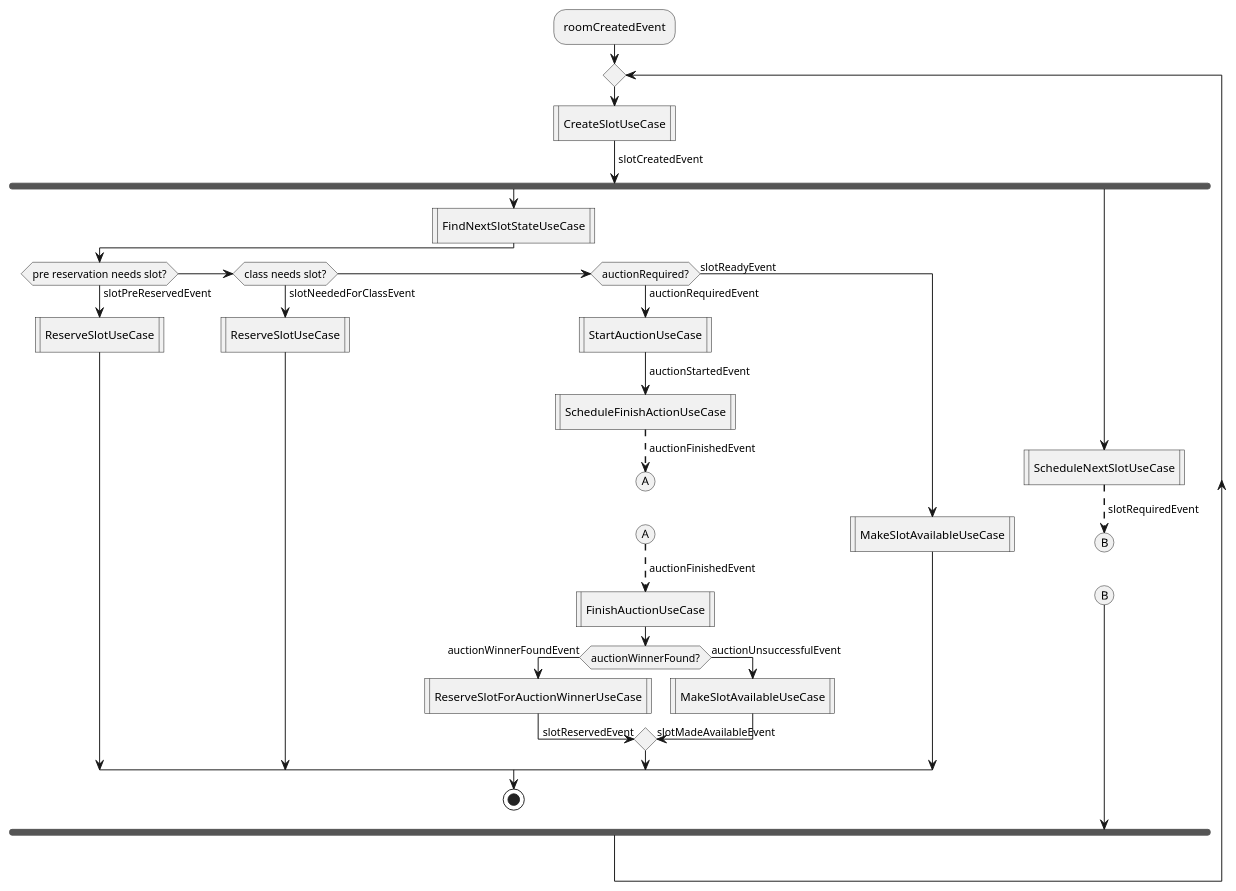
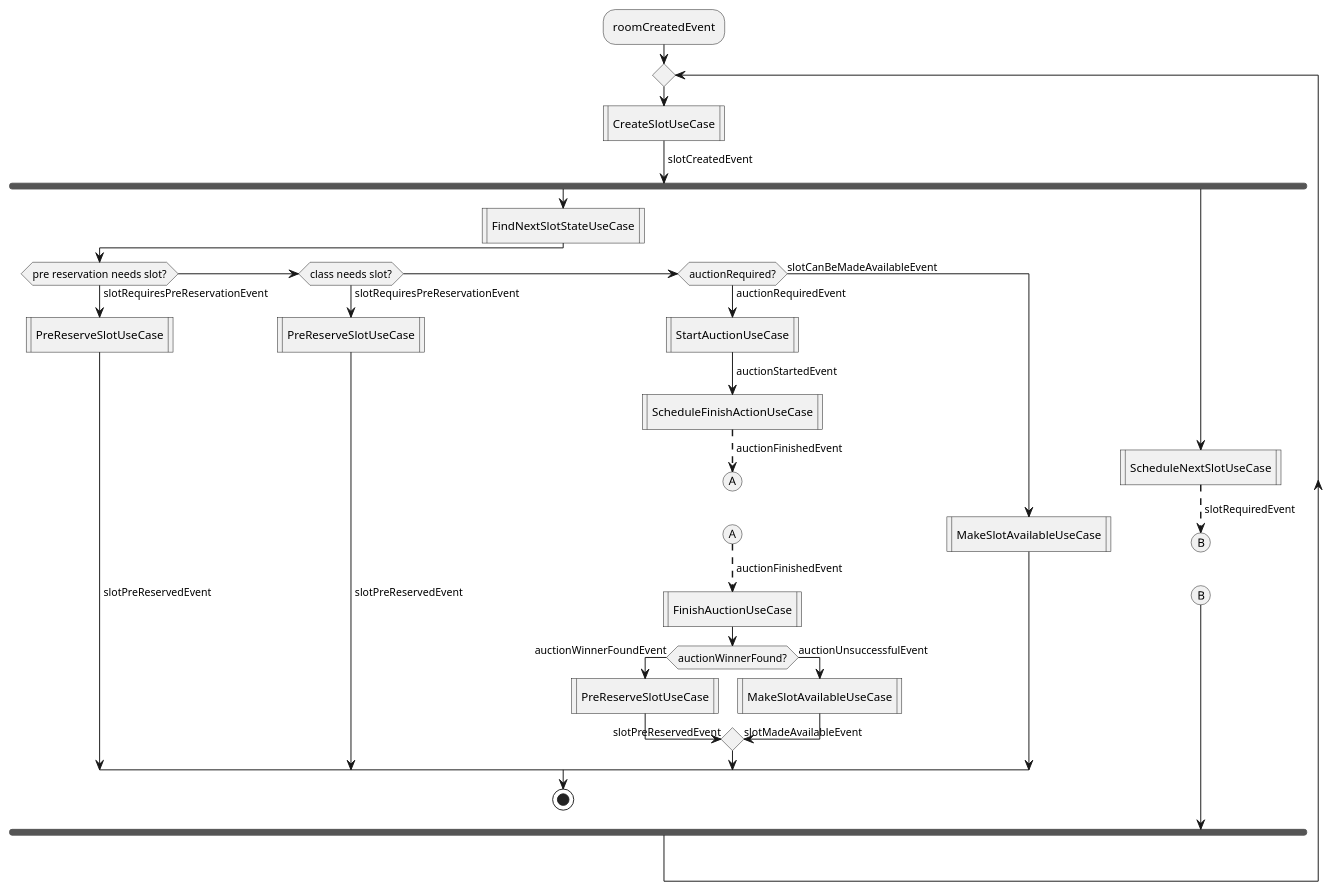
Before and after one commit to juanma-cvega/booking-engine: the diagram in docs/slot_creation_event_flow.puml, drawn with PlantUML. The commit also changed 72 other files, not shown here.

```diff
--- a/docs/slot_creation_event_flow.puml
+++ b/docs/slot_creation_event_flow.puml
@@ -1,45 +1,47 @@
 @startuml
 :roomCreatedEvent;
 repeat
 :CreateSlotUseCase|
 ->slotCreatedEvent;
 fork
   :FindNextSlotStateUseCase|
   if (pre reservation needs slot?) then (yes)
+    ->slotRequiresPreReservationEvent;
+    :PreReserveSlotUseCase|
     ->slotPreReservedEvent;
-    :ReserveSlotUseCase|
   elseif (class needs slot?) then (yes)
-    ->slotNeededForClassEvent;
-    :ReserveSlotUseCase|
+    ->slotRequiresPreReservationEvent;
+    :PreReserveSlotUseCase|
+    ->slotPreReservedEvent;
   elseif (auctionRequired?) then (yes)
     ->auctionRequiredEvent;
     :StartAuctionUseCase|
     ->auctionStartedEvent;
     :ScheduleFinishActionUseCase|
     -[dashed]->auctionFinishedEvent;
     (A)
     detach
     (A)
     -[dashed]->auctionFinishedEvent;
     :FinishAuctionUseCase|
     if (auctionWinnerFound?) then (yes)
       ->auctionWinnerFoundEvent;
-      :ReserveSlotForAuctionWinnerUseCase|
-      ->slotReservedEvent;
+      :PreReserveSlotUseCase|
+      ->slotPreReservedEvent;
     else (no)
       ->auctionUnsuccessfulEvent;
       :MakeSlotAvailableUseCase|
       ->slotMadeAvailableEvent;
     endif
   else (no)
-    ->slotReadyEvent;
+    ->slotCanBeMadeAvailableEvent;
     :MakeSlotAvailableUseCase|
   endif
   stop
 fork again
   :ScheduleNextSlotUseCase|
   -[dashed]->slotRequiredEvent;
   (B)
   detach
   (B)
 @enduml
```
